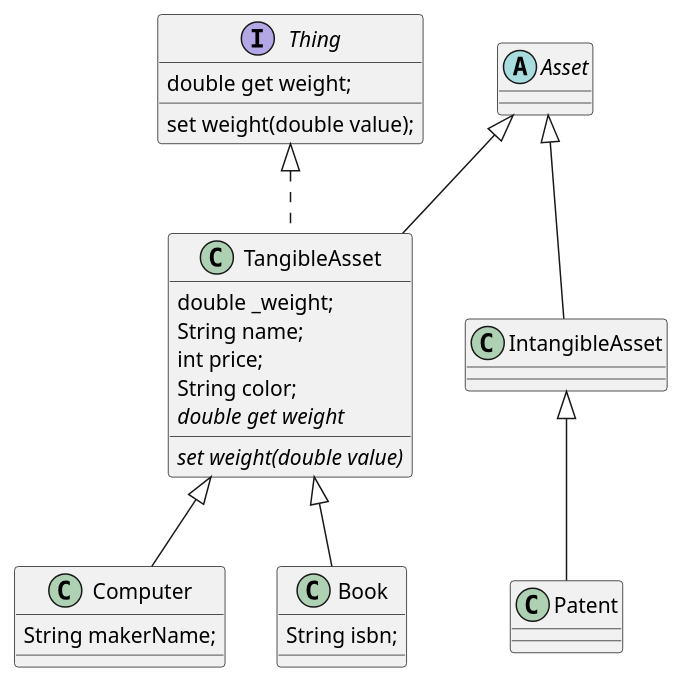
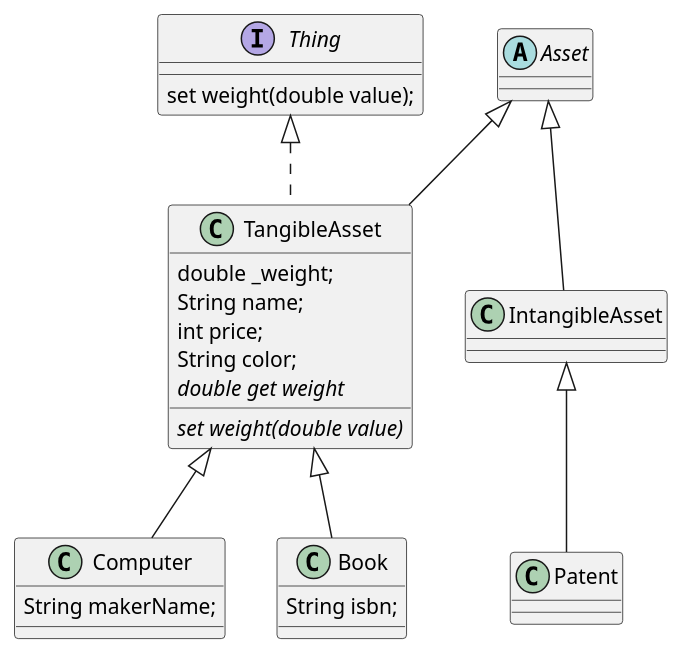
One commit to SurvivalCodingCampus/modu-3-dart-study changed the diagram in lib/2025-03-19/asset_diagram.puml. Above: the diagram before and after it, drawn with PlantUML. The commit also changed 3 other files, not shown here.

```diff
--- a/lib/2025-03-19/asset_diagram.puml
+++ b/lib/2025-03-19/asset_diagram.puml
@@ -1,34 +1,33 @@
 @startuml
 
 interface Thing {
-    double get weight;
     set weight(double value);
 }
 
 abstract class Asset {}
 
 class TangibleAsset extends Asset implements Thing {
     double _weight;
     String name;
     int price;
     String color;
     {abstract}double get weight
     {abstract}set weight(double value)
 }
 
 class IntangibleAsset extends Asset {
 
 }
 
 class Computer extends TangibleAsset {
     String makerName;
 }
 
 class Book extends TangibleAsset {
     String isbn;
 }
 
 class Patent extends IntangibleAsset {}
 
 
 @enduml
```
